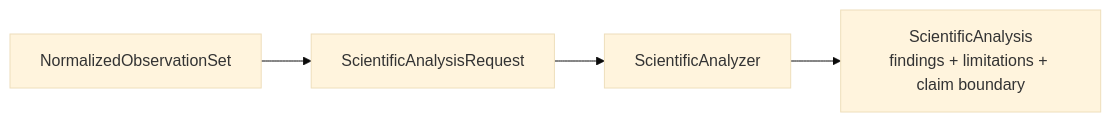
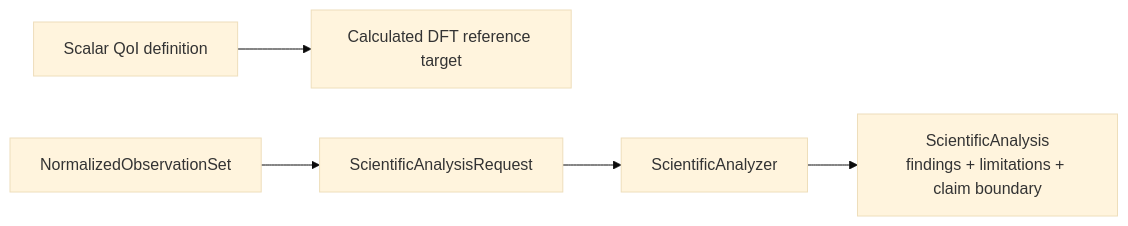
Before and after one commit to eragasa/ksdft2effmass: the diagram in docs/architecture/v2/ksdft2effmass/analysis/index.md, drawn with Mermaid (base theme). The commit also changed other lines of this file and 57 other files, not shown here.

````diff
--- a/docs/architecture/v2/ksdft2effmass/analysis/index.md
+++ b/docs/architecture/v2/ksdft2effmass/analysis/index.md
@@ -7,6 +7,7 @@
 ```mermaid
 flowchart LR
+    qoi["Scalar QoI definition"] --> target["Calculated DFT reference target"]
     observations["NormalizedObservationSet"] --> request["ScientificAnalysisRequest"]
     request --> analyzer["ScientificAnalyzer"]
     analyzer --> analysis["ScientificAnalysis<br/>findings + limitations + claim boundary"]
 ```
````
